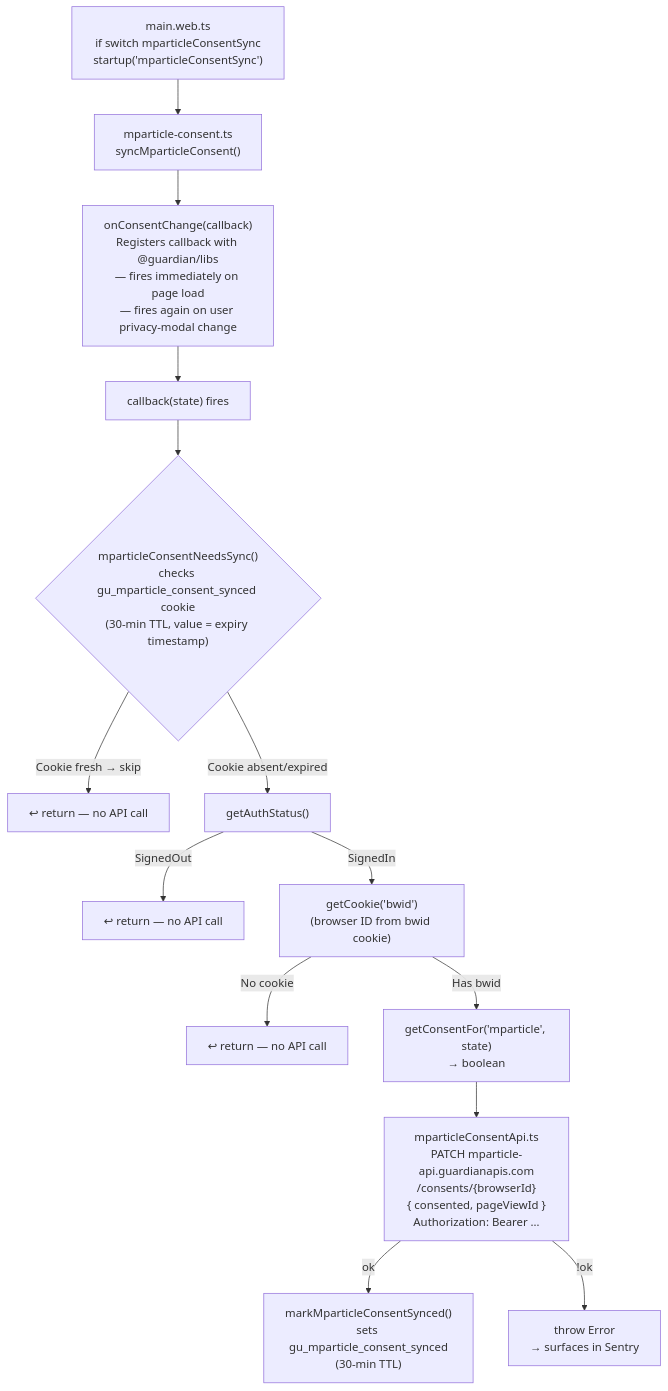
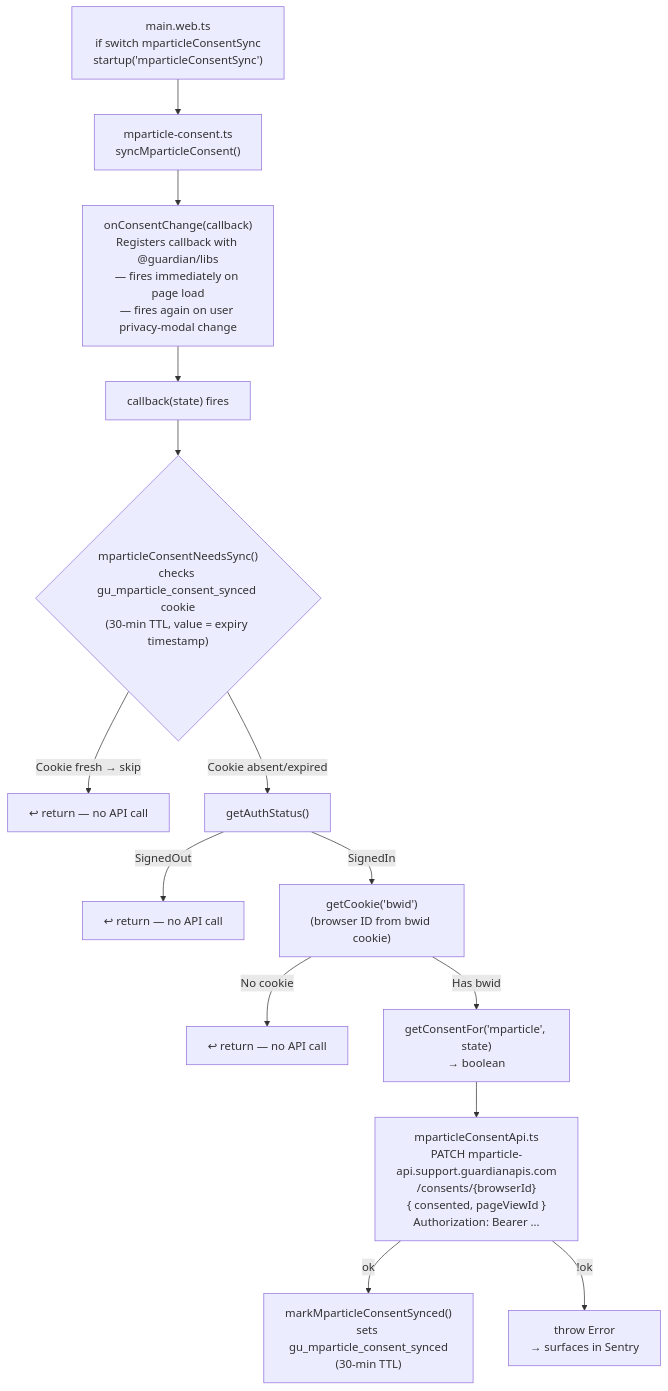
The fourth of 6 diagrams in dotcom-rendering/docs/mparticle-paid-media-integration.md (guardian/dotcom-rendering), drawn with Mermaid before and after one commit. The commit also changed other lines of this file and 2 other files, not shown here.

Commit message:
Update mParticle API URLs to use the support subdomain

````diff
--- a/dotcom-rendering/docs/mparticle-paid-media-integration.md
+++ b/dotcom-rendering/docs/mparticle-paid-media-integration.md
@@ -95,23 +95,23 @@
 ```mermaid
 flowchart TD
     MW["main.web.ts\nif switch mparticleConsentSync\nstartup('mparticleConsentSync')"] --> SYNC["mparticle-consent.ts\nsyncMparticleConsent()"]
 
     SYNC --> REG["onConsentChange(callback)\nRegisters callback with @guardian/libs\n— fires immediately on page load\n— fires again on user privacy-modal change"]
 
     REG --> CB["callback(state) fires"]
 
     CB --> STALE{"mparticleConsentNeedsSync()\nchecks gu_mparticle_consent_synced cookie\n(30-min TTL, value = expiry timestamp)"}
     STALE -- "Cookie fresh → skip" --> NOOP["↩ return — no API call"]
     STALE -- "Cookie absent/expired" --> AUTHCHECK["getAuthStatus()"]
 
     AUTHCHECK -- "SignedOut" --> NOOP2["↩ return — no API call"]
     AUTHCHECK -- "SignedIn" --> BWID["getCookie('bwid')\n(browser ID from bwid cookie)"]
 
     BWID -- "No cookie" --> NOOP3["↩ return — no API call"]
     BWID -- "Has bwid" --> CONSENT["getConsentFor('mparticle', state)\n→ boolean"]
 
-    CONSENT --> API["mparticleConsentApi.ts\nPATCH mparticle-api.guardianapis.com\n/consents/{browserId}\n{ consented, pageViewId }\nAuthorization: Bearer …"]
+    CONSENT --> API["mparticleConsentApi.ts\nPATCH mparticle-api.support.guardianapis.com\n/consents/{browserId}\n{ consented, pageViewId }\nAuthorization: Bearer …"]
 
     API -- "ok" --> MARK["markMparticleConsentSynced()\nsets gu_mparticle_consent_synced\n(30-min TTL)"]
     API -- "!ok" --> ERR["throw Error\n→ surfaces in Sentry"]
 ```
````
